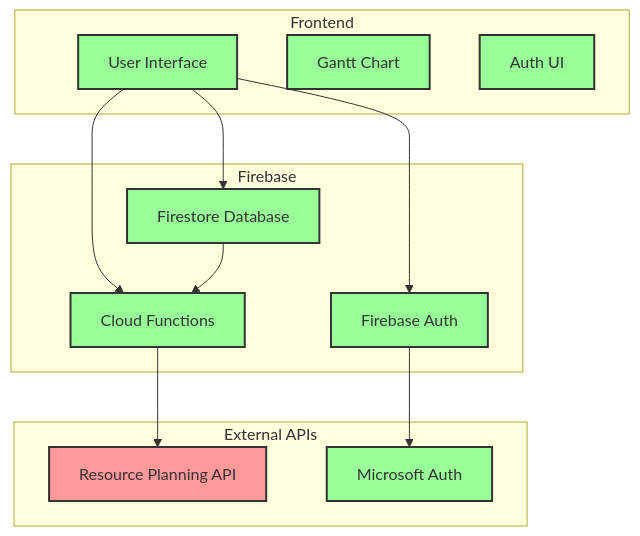
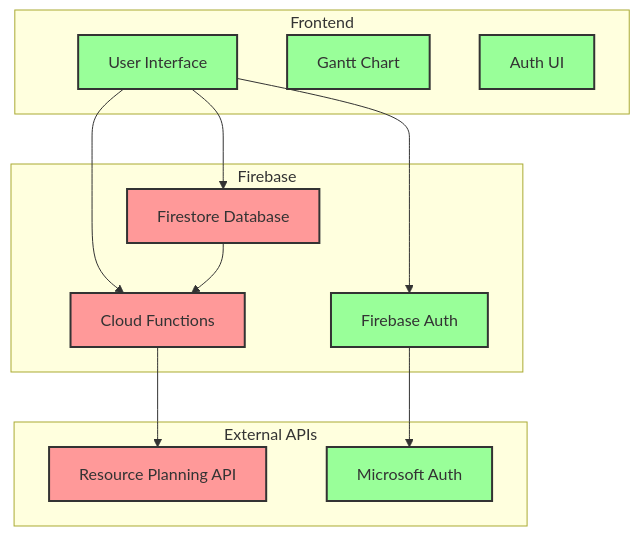
Before and after one commit to frozenfrank/byte-bin: the diagram in docs/presentation-report.md, drawn with Mermaid.

Commit message:
Indicate all DB-related resources as potentially bottlenecking

````diff
--- a/docs/presentation-report.md
+++ b/docs/presentation-report.md
@@ -10,33 +10,32 @@
 ```mermaid
 graph TD
     subgraph Frontend
         UI[User Interface]
         Gantt[Gantt Chart]
         AuthUI[Auth UI]
     end
 
     subgraph Firebase
         DB[Firestore Database]
         CF[Cloud Functions]
         Auth[Firebase Auth]
     end
 
     subgraph External APIs
         RP[Resource Planning API]
         MS[Microsoft Auth]
     end
 
     UI --> DB
     UI --> CF
     UI --> Auth
     Auth --> MS
     CF --> RP
     DB --> CF
 
     classDef bottleneck fill:#ff9999,stroke:#333,stroke-width:2px
     classDef normal fill:#99ff99,stroke:#333,stroke-width:2px
 
-    class DB,CF normal
-    class RP bottleneck
+    class DB,CF,RP bottleneck
     class UI,Auth,MS,Gantt,AuthUI normal
 ```
````
